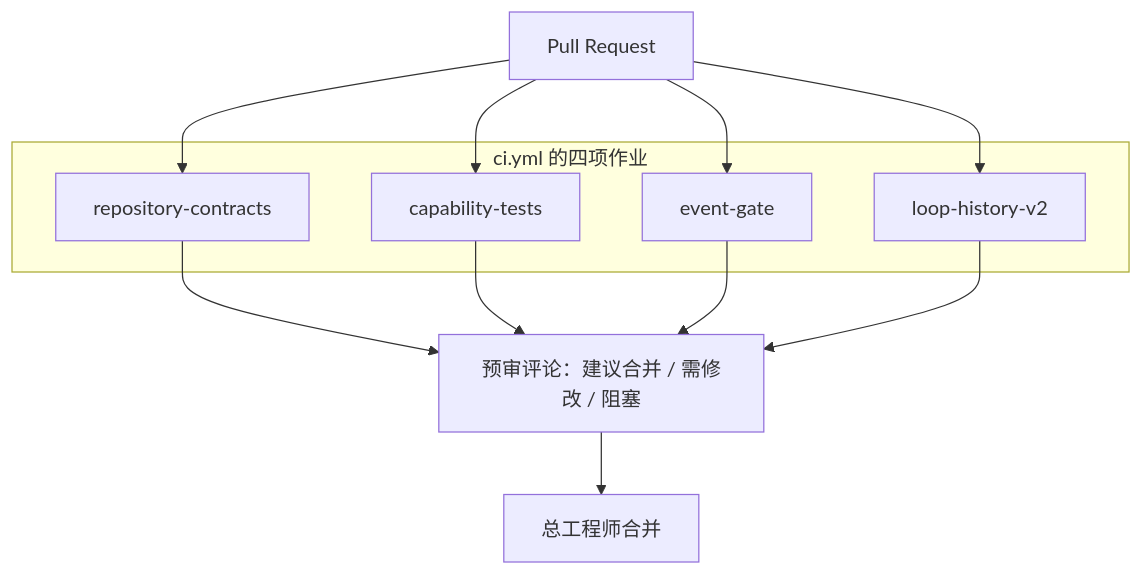
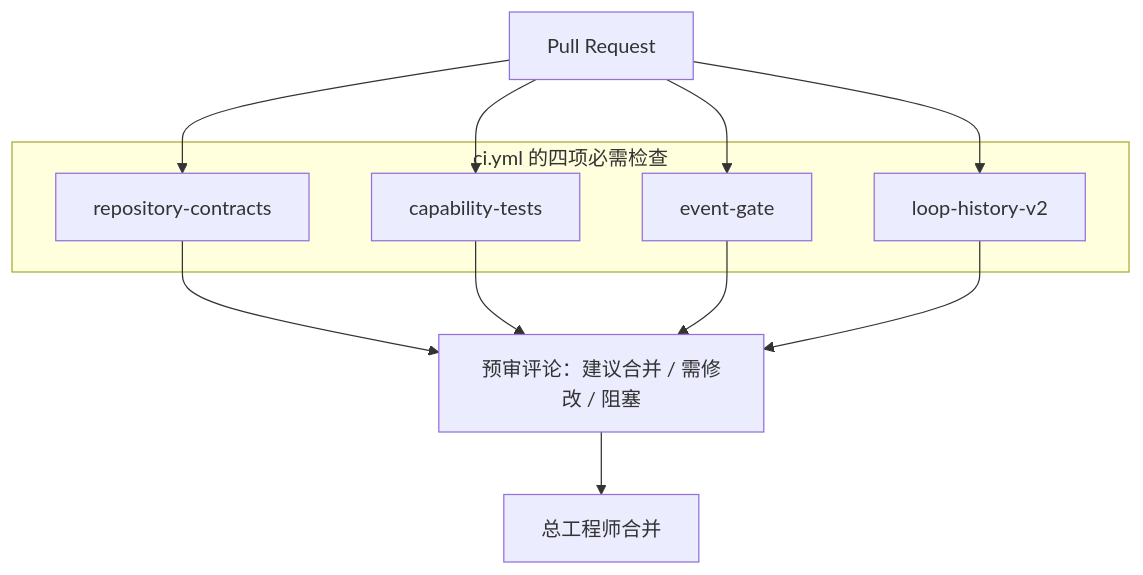
Before and after one commit to TaiLaiCai/ai-trust-review: the second of 2 diagrams in README.md, drawn with Mermaid. The commit also changed other lines of this file and 1 other file, not shown here.

Commit message:
docs: README 作业数对齐 ci.yml 的六项作业

````diff
--- a/README.md
+++ b/README.md
@@ -64,17 +66,17 @@
 ```mermaid
 flowchart TD
   pr["Pull Request"]
-  subgraph checks ["ci.yml 的四项作业"]
+  subgraph checks ["ci.yml 的四项必需检查"]
     a["repository-contracts"]
     b["capability-tests"]
     c["event-gate"]
     d["loop-history-v2"]
   end
   pre["预审评论：建议合并 / 需修改 / 阻塞"]
   merge["总工程师合并"]
   pr --> a --> pre
   pr --> b --> pre
   pr --> c --> pre
   pr --> d --> pre
   pre --> merge
 ```
````
